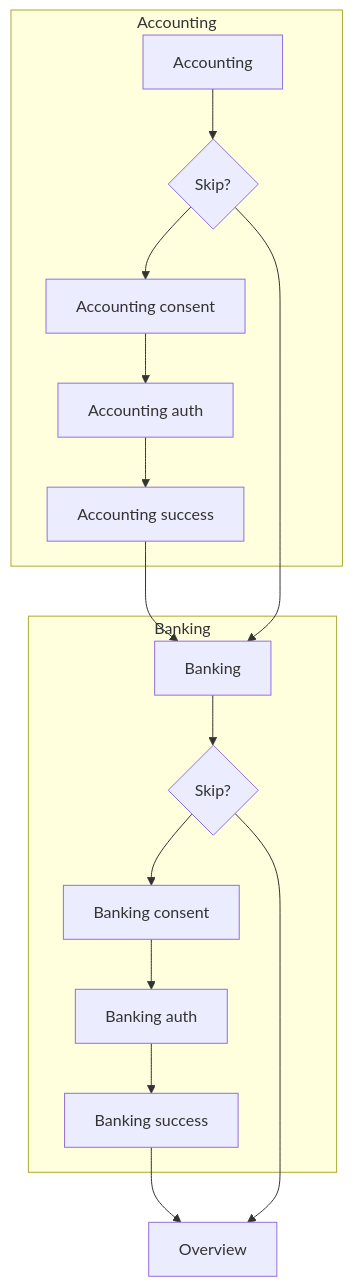
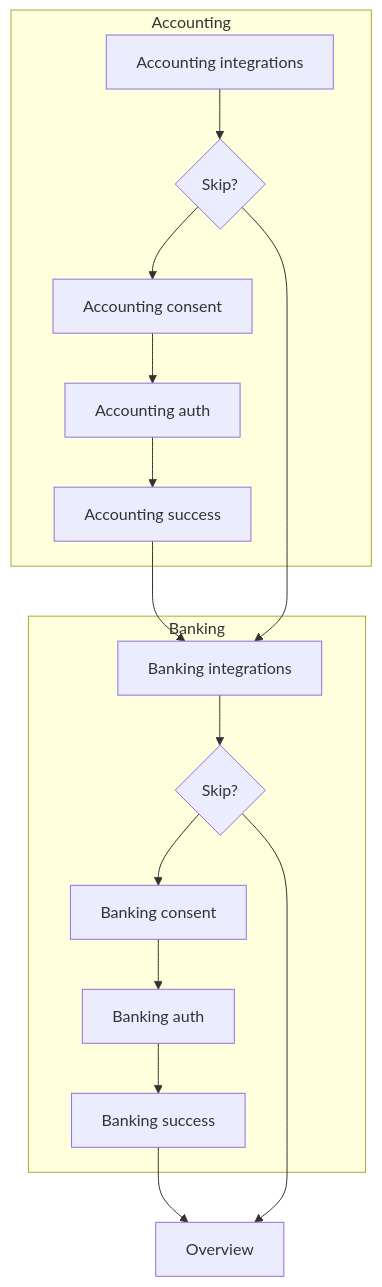
One commit to mcclowes/mermaid-examples changed the second of 2 diagrams in README.md. Above: the diagram before and after it, drawn with Mermaid.

````diff
--- a/README.md
+++ b/README.md
@@ -14,19 +14,19 @@
 ```mermaid
 graph TD;
     subgraph Accounting
-    A[Accounting]-->B{Skip?};
+    A[Accounting integrations]-->B{Skip?};
     B-->C[Accounting consent];
     C-->D[Accounting auth];
     D-->E[Accounting success];
     end
     subgraph Banking
-    E-->F[Banking]
+    E-->F[Banking integrations]
     B-->F
     F-->G{Skip?};
     G-->H[Banking consent];
     H-->I[Banking auth];
     I-->J[Banking success];
     end
     J-->K[Overview]
     G-->K
 ```
````
